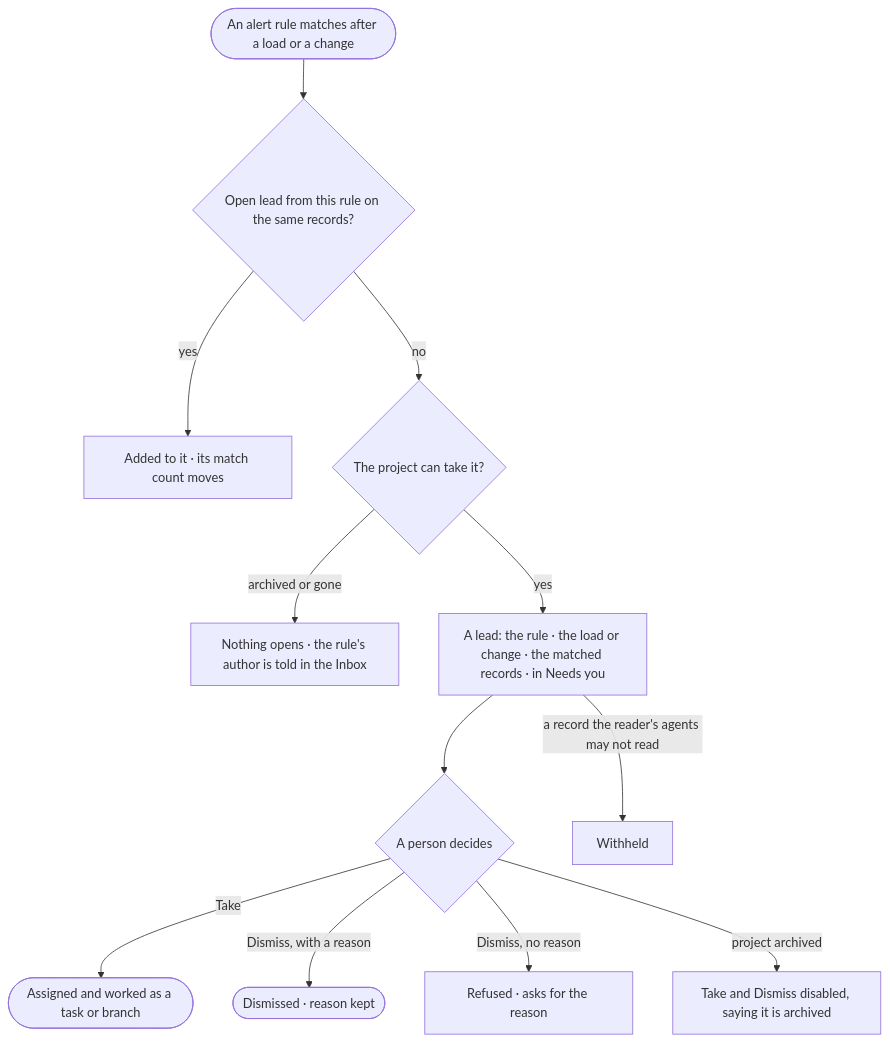
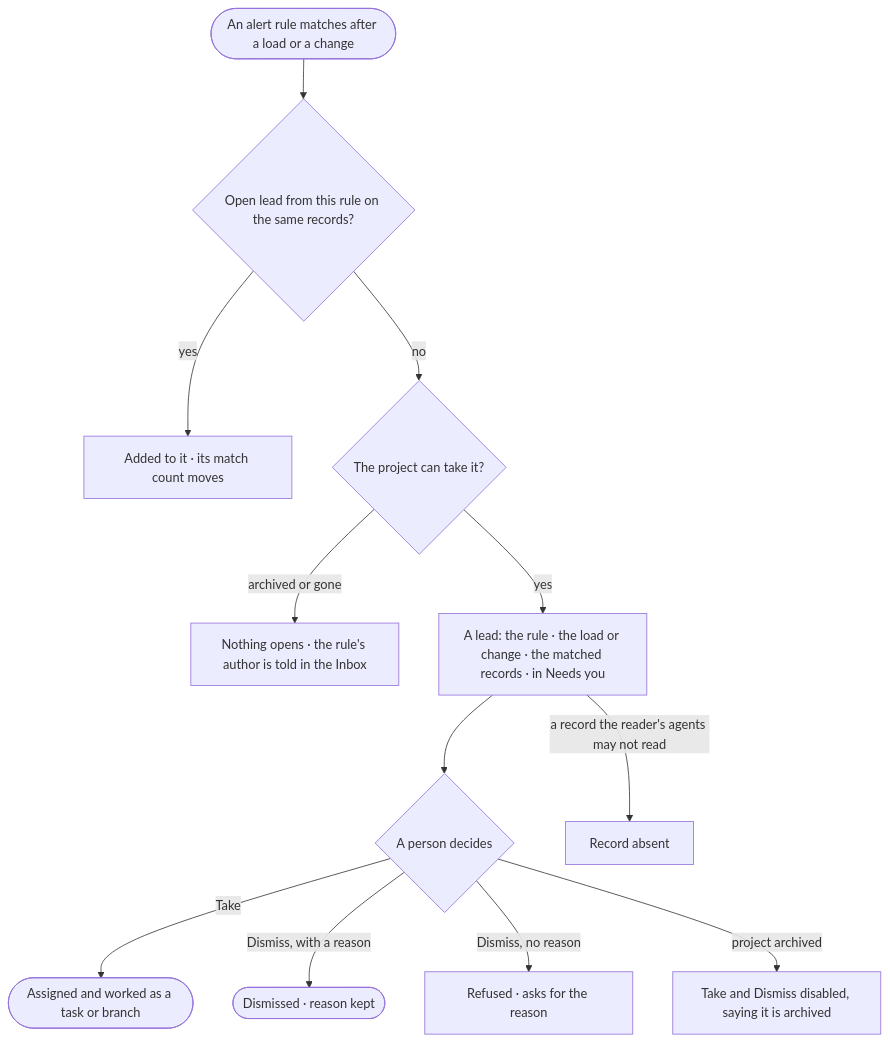
Before and after one commit to invana/invana: the diagram in specs/capabilities/projects/features/PJ-F06-alerts/stories/PJ-19-open-a-lead-when-the-records-show-a-pattern/story.md, drawn with Mermaid. The commit also changed other lines of this file and 69 other files, not shown here.

````diff
--- a/specs/capabilities/projects/features/PJ-F06-alerts/stories/PJ-19-open-a-lead-when-the-records-show-a-pattern/story.md
+++ b/specs/capabilities/projects/features/PJ-F06-alerts/stories/PJ-19-open-a-lead-when-the-records-show-a-pattern/story.md
@@ -31,14 +31,14 @@
 ```mermaid
 flowchart TD
   m([An alert rule matches after a load or a change]) --> o{"Open lead from this rule on the same records?"}
   o -->|yes| c["Added to it · its match count moves"]
   o -->|no| p{"The project can take it?"}
   p -->|archived or gone| n["Nothing opens · the rule's author is told in the Inbox"]
   p -->|yes| l["A lead: the rule · the load or change · the matched records · in Needs you"]
   l --> t{"A person decides"}
   t -->|Take| w(["Assigned and worked as a task or branch"])
   t -->|Dismiss, with a reason| d(["Dismissed · reason kept"])
   t -->|Dismiss, no reason| r["Refused · asks for the reason"]
   t -->|project archived| x["Take and Dismiss disabled, saying it is archived"]
-  l -->|a record the reader's agents may not read| wh["Withheld"]
+  l -->|a record the reader's agents may not read| wh["Record absent"]
 ```
````
